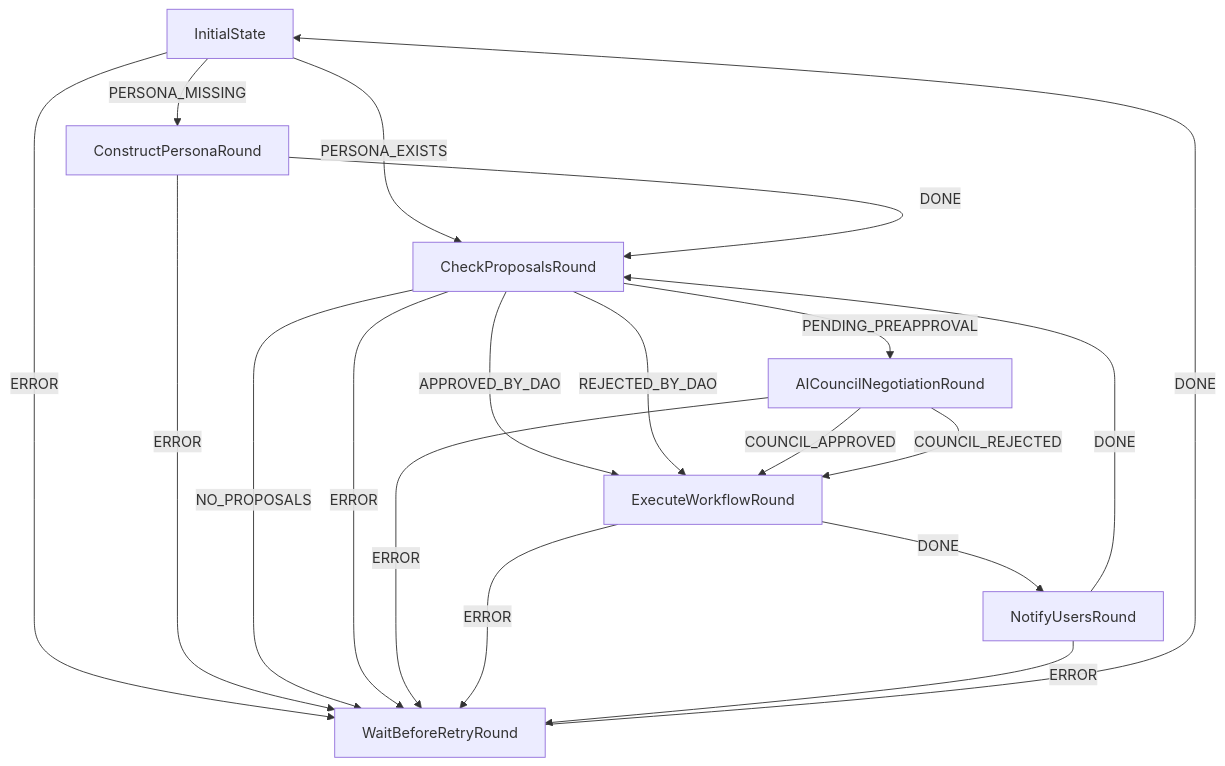
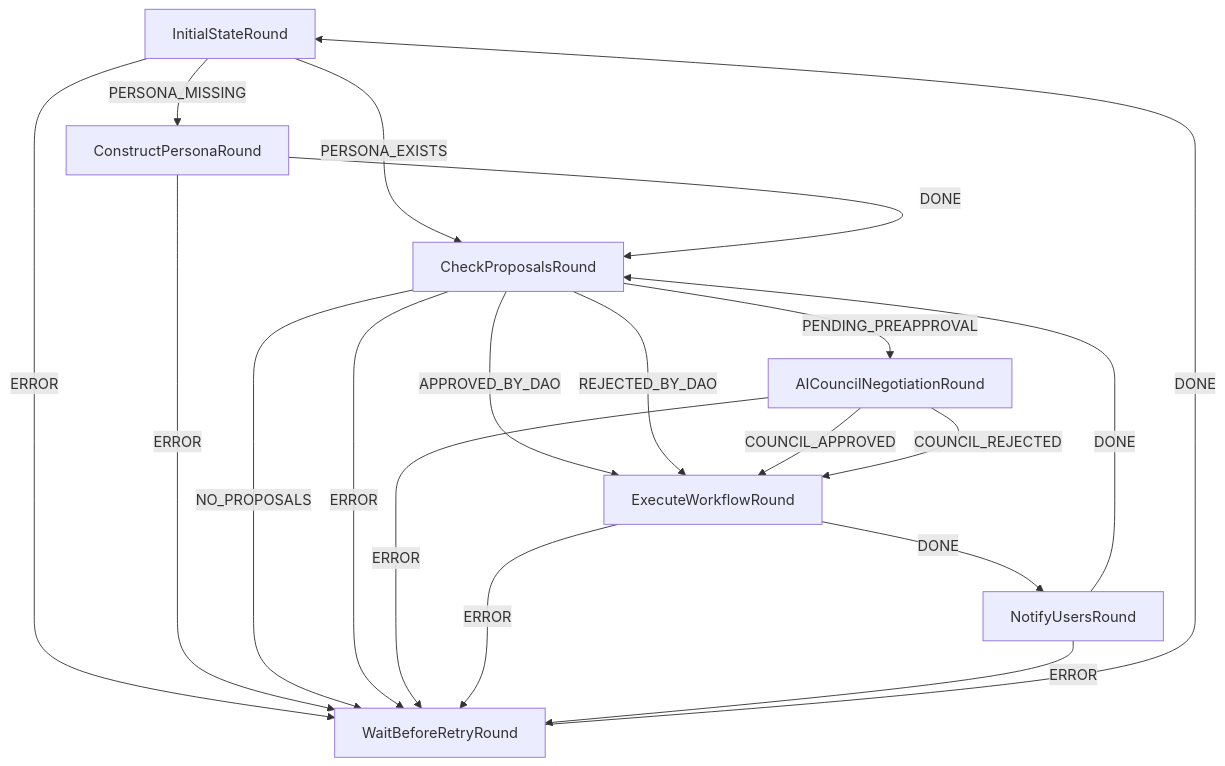
One commit to StationsStation/goldman_stacked changed the diagram in specs/fsm/goldman_stacked.mmd. Above: the diagram before and after it, drawn with Mermaid. The commit also changed 1 other file, not shown here.

```diff
--- a/specs/fsm/goldman_stacked.mmd
+++ b/specs/fsm/goldman_stacked.mmd
@@ -1,31 +1,31 @@
 graph TD
   %%============ Initial Bootstrap ============%%
-  InitialState -->|PERSONA_MISSING| ConstructPersonaRound
-  InitialState -->|PERSONA_EXISTS| CheckProposalsRound
-  InitialState -->|ERROR| WaitBeforeRetryRound
+  InitialStateRound -->|PERSONA_MISSING| ConstructPersonaRound
+  InitialStateRound -->|PERSONA_EXISTS| CheckProposalsRound
+  InitialStateRound -->|ERROR| WaitBeforeRetryRound
 
   ConstructPersonaRound -->|DONE| CheckProposalsRound
   ConstructPersonaRound -->|ERROR| WaitBeforeRetryRound
 
   %%============== Proposal Checking =============%%
   CheckProposalsRound -->|PENDING_PREAPPROVAL| AICouncilNegotiationRound
   CheckProposalsRound -->|APPROVED_BY_DAO| ExecuteWorkflowRound
   CheckProposalsRound -->|REJECTED_BY_DAO| ExecuteWorkflowRound
   CheckProposalsRound -->|NO_PROPOSALS| WaitBeforeRetryRound
   CheckProposalsRound -->|ERROR| WaitBeforeRetryRound
 
   %%========== Council Discussion & Vote =========%%
   AICouncilNegotiationRound -->|COUNCIL_APPROVED| ExecuteWorkflowRound
   AICouncilNegotiationRound -->|COUNCIL_REJECTED| ExecuteWorkflowRound
   AICouncilNegotiationRound -->|ERROR| WaitBeforeRetryRound
 
   %%============ Execute Workflow ==============%%
   ExecuteWorkflowRound -->|DONE| NotifyUsersRound
   ExecuteWorkflowRound -->|ERROR| WaitBeforeRetryRound
 
   %%============ Notify DAO Members =============%%
   NotifyUsersRound -->|DONE| CheckProposalsRound
   NotifyUsersRound -->|ERROR| WaitBeforeRetryRound
 
   %%================= Error Loop =================##
-  WaitBeforeRetryRound -->|DONE| InitialState
+  WaitBeforeRetryRound -->|DONE| InitialStateRound
```
